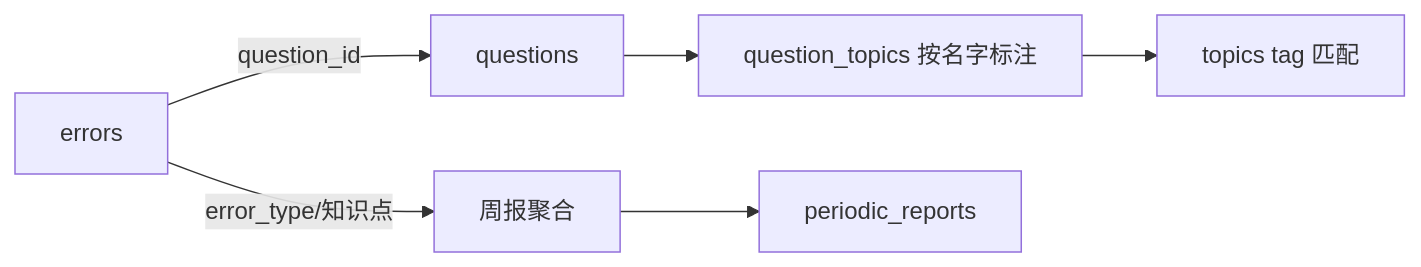
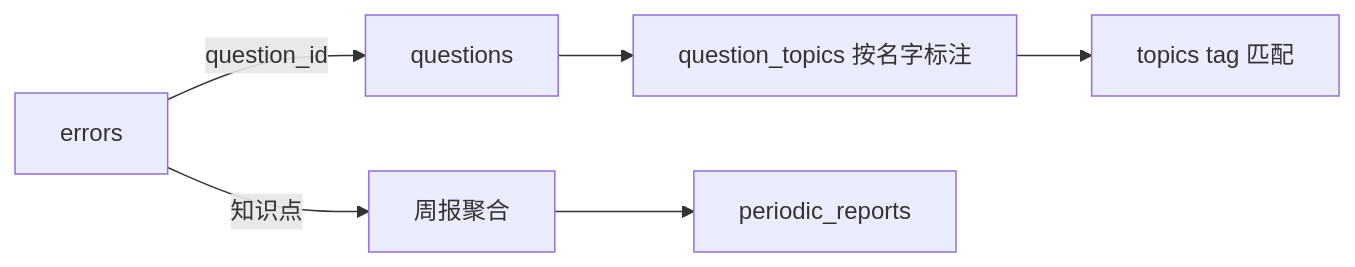
Before and after one commit to ttzc/gaokao_rag: the diagram in docs/store/db/errors.md, drawn with Mermaid. The commit also changed other lines of this file and 3 other files, not shown here.

First line of the commit message:
docs(errors): 砍掉 error_type 独立列，类型并入 error_summary

````diff
--- a/docs/store/db/errors.md
+++ b/docs/store/db/errors.md
@@ -50,7 +59,7 @@
 ```mermaid
 flowchart LR
     E[errors] -->|question_id| Q[questions]
-    E -->|error_type/知识点| AGG[周报聚合]
+    E -->|知识点| AGG[周报聚合]
     Q --> QT[question_topics 按名字标注] --> T[topics tag 匹配]
     AGG --> R[periodic_reports]
 ```
````
